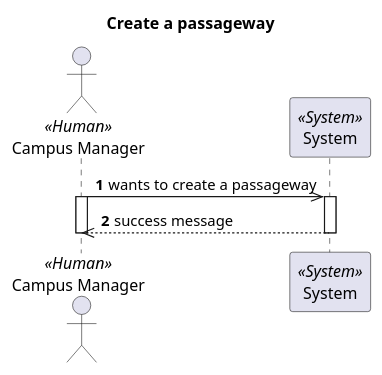
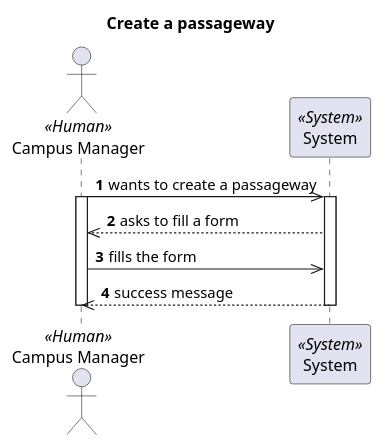
One commit to 1210910/lapr5 changed the diagram in docs/VistaProcesso/US240(1170)/ProcessView_Level1_US240_1170.puml. Above: the diagram before and after it, drawn with PlantUML. The commit also changed 13 other files, not shown here.

Commit message:
Diagrams fix (last commit bug)

```diff
--- a/docs/VistaProcesso/US240(1170)/ProcessView_Level1_US240_1170.puml
+++ b/docs/VistaProcesso/US240(1170)/ProcessView_Level1_US240_1170.puml
@@ -1,22 +1,24 @@
 @startuml Process View - Level 1 - Create a passageway
 'https://plantuml.com/sequence-diagram
 
 autonumber
 skinparam packageStyle rect
 
 title Create a passageway
 
 actor "Campus Manager" as CM <<Human>>
 participant "System" as Sys <<System>>
 
 CM->> Sys : wants to create a passageway
 
 activate CM
 activate Sys
 
+CM<<-- Sys : asks to fill a form
+CM->> Sys : fills the form
 CM<<--Sys : success message
 
 deactivate Sys
 deactivate CM
 
 @enduml
```
